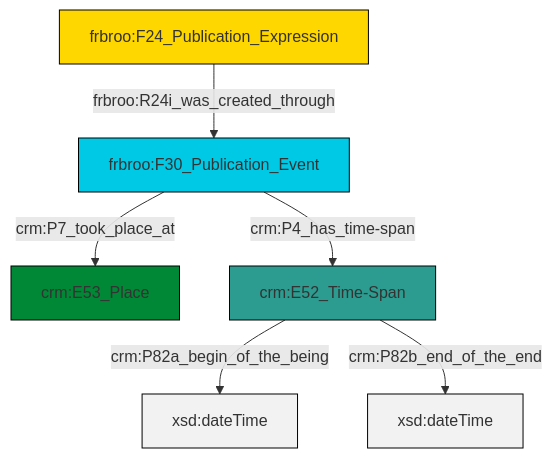
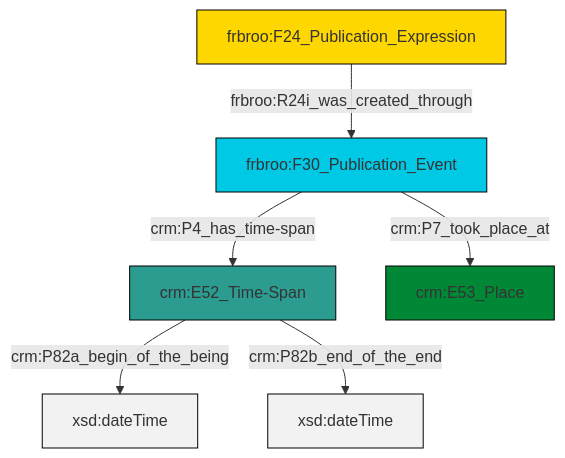
The diagram in et/biblioCSV/ttl/mmd/biblio_existence.ttl.mmd (ncarboni/srdm), drawn with Mermaid before and after one commit. The commit also changed 131 other files, not shown here.

```diff
--- a/et/biblioCSV/ttl/mmd/biblio_existence.ttl.mmd
+++ b/et/biblioCSV/ttl/mmd/biblio_existence.ttl.mmd
@@ -1,20 +1,20 @@
 graph TD
 classDef Literal fill:#f2f2f2,stroke:#000000;
 classDef CRM_Entity fill:#FFFFFF,stroke:#000000;
 classDef Temporal_Entity fill:#00C9E6, stroke:#000000;
 classDef Type fill:#E18312, stroke:#000000;
 classDef Time-Span fill:#2C9C91, stroke:#000000;
 classDef Appellation fill:#FFEB7F, stroke:#000000;
 classDef Place fill:#008836, stroke:#000000;
 classDef Persistent_Item fill:#B266B2, stroke:#000000;
 classDef Conceptual_Object fill:#FFD700, stroke:#000000;
 classDef Physical_Thing fill:#D2B48C, stroke:#000000;
 classDef Actor fill:#f58aad, stroke:#000000;
 classDef PC_Classes fill:#4ce600, stroke:#000000;
 classDef Multi fill:#cccccc,stroke:#000000;
 
-2["frbroo:F30_Publication_Event"]:::Temporal_Entity -->|crm:P4_has_time-span| 6["crm:E52_Time-Span"]:::Time-Span
-6["crm:E52_Time-Span"]:::Time-Span -->|crm:P82a_begin_of_the_being| 8[xsd:dateTime]:::Literal
-6["crm:E52_Time-Span"]:::Time-Span -->|crm:P82b_end_of_the_end| 9[xsd:dateTime]:::Literal
-4["frbroo:F24_Publication_Expression"]:::Conceptual_Object -->|frbroo:R24i_was_created_through| 2["frbroo:F30_Publication_Event"]:::Temporal_Entity
-2["frbroo:F30_Publication_Event"]:::Temporal_Entity -->|crm:P7_took_place_at| 0["crm:E53_Place"]:::Place
+0["crm:E52_Time-Span"]:::Time-Span -->|crm:P82a_begin_of_the_being| 4[xsd:dateTime]:::Literal
+5["frbroo:F30_Publication_Event"]:::Temporal_Entity -->|crm:P4_has_time-span| 0["crm:E52_Time-Span"]:::Time-Span
+0["crm:E52_Time-Span"]:::Time-Span -->|crm:P82b_end_of_the_end| 7[xsd:dateTime]:::Literal
+8["frbroo:F24_Publication_Expression"]:::Conceptual_Object -->|frbroo:R24i_was_created_through| 5["frbroo:F30_Publication_Event"]:::Temporal_Entity
+5["frbroo:F30_Publication_Event"]:::Temporal_Entity -->|crm:P7_took_place_at| 2["crm:E53_Place"]:::Place
```
